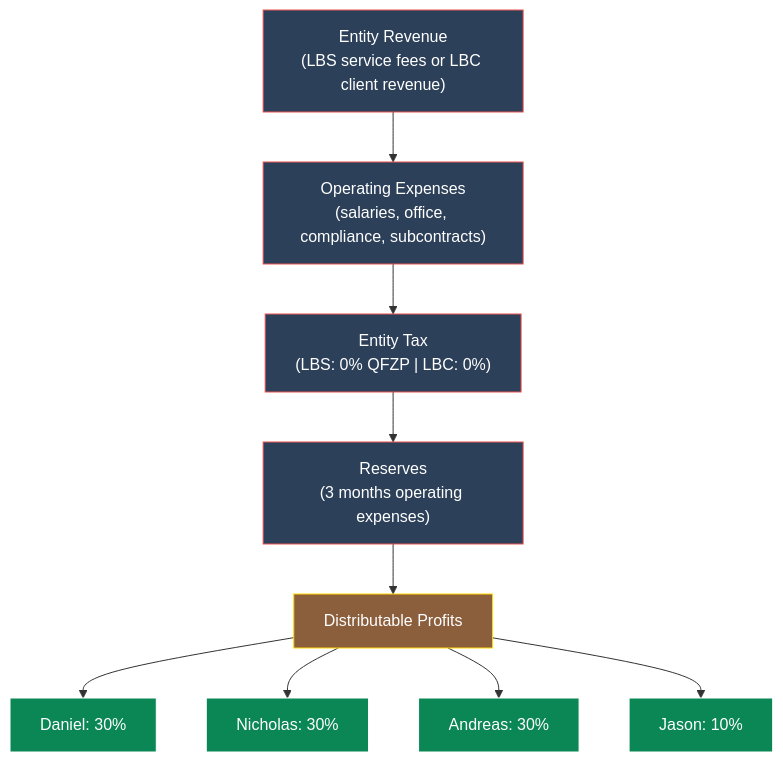
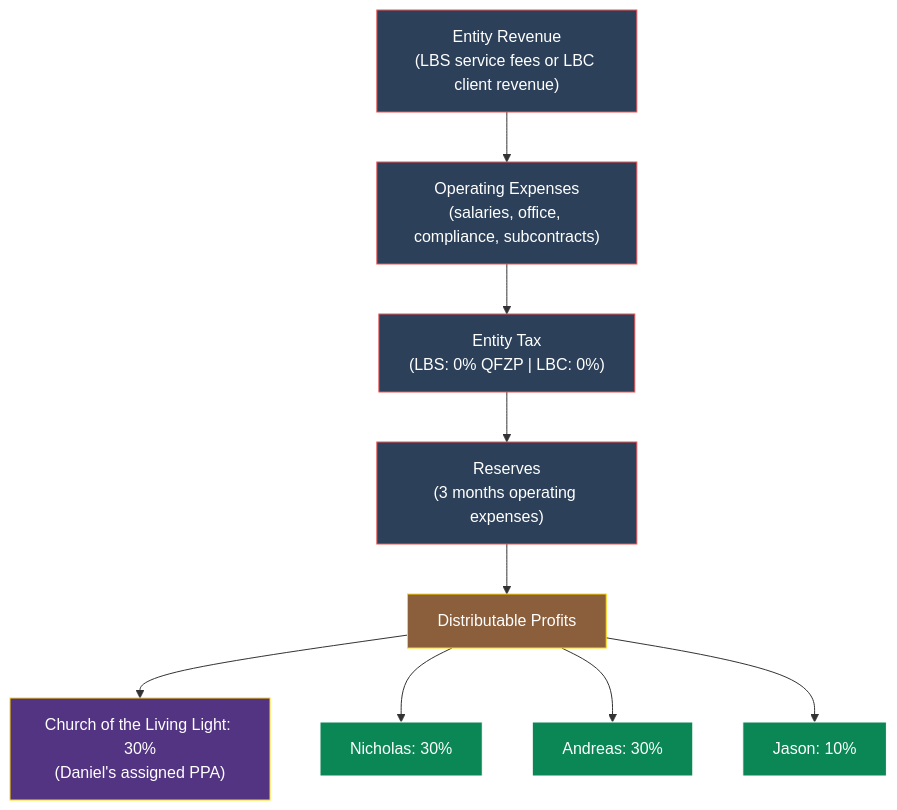
One commit to Light-Brands/epic-center changed the fifth of 5 diagrams in docs/tax-structure/10-LB-PROFIT-PARTICIPATION-FRAMEWORK.md. Above: the diagram before and after it, drawn with Mermaid. The commit also changed other lines of this file and 4 other files, not shown here.

````diff
--- a/docs/tax-structure/10-LB-PROFIT-PARTICIPATION-FRAMEWORK.md
+++ b/docs/tax-structure/10-LB-PROFIT-PARTICIPATION-FRAMEWORK.md
@@ -248,33 +272,33 @@
 ```mermaid
 graph TB
     REV["Entity Revenue<br/>(LBS service fees or LBC client revenue)"]
     EXP["Operating Expenses<br/>(salaries, office, compliance, subcontracts)"]
     TAX["Entity Tax<br/>(LBS: 0% QFZP | LBC: 0%)"]
     RES["Reserves<br/>(3 months operating expenses)"]
     DIST["Distributable Profits"]
 
-    DL_D["Daniel: 30%"]
+    CHURCH_D["Church of the Living Light: 30%<br/>(Daniel's assigned PPA)"]
     NC_D["Nicholas: 30%"]
     AD_D["Andreas: 30%"]
     JS_D["Jason: 10%"]
 
     REV --> EXP
     EXP --> TAX
     TAX --> RES
     RES --> DIST
 
-    DIST --> DL_D
+    DIST --> CHURCH_D
     DIST --> NC_D
     DIST --> AD_D
     DIST --> JS_D
 
     style REV fill:#2d4059,stroke:#ea5455,color:#fff
     style EXP fill:#2d4059,stroke:#ea5455,color:#fff
     style TAX fill:#2d4059,stroke:#ea5455,color:#fff
     style RES fill:#2d4059,stroke:#ea5455,color:#fff
     style DIST fill:#8b5e3c,stroke:#ffd700,color:#fff
-    style DL_D fill:#0a8754,stroke:#fff,color:#fff
+    style CHURCH_D fill:#533483,stroke:#ffd700,color:#fff
     style NC_D fill:#0a8754,stroke:#fff,color:#fff
     style AD_D fill:#0a8754,stroke:#fff,color:#fff
     style JS_D fill:#0a8754,stroke:#fff,color:#fff
 ```
````
